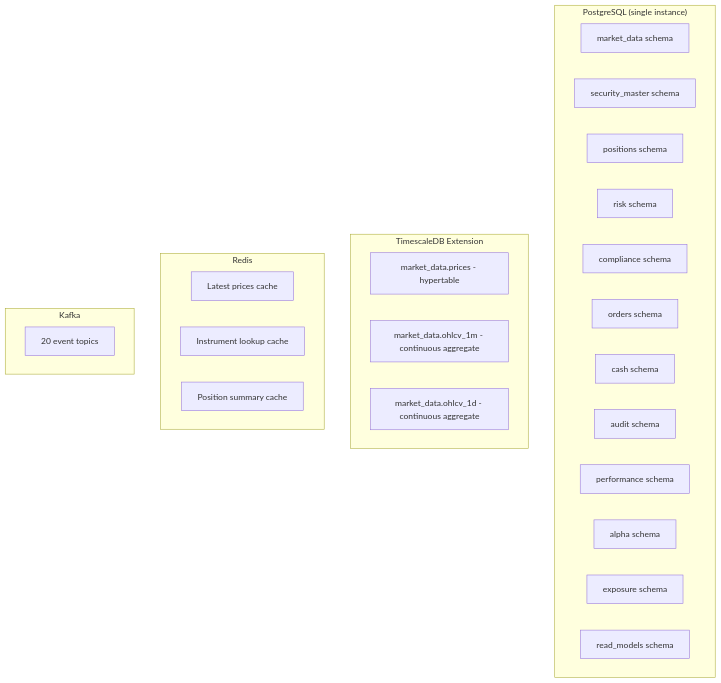
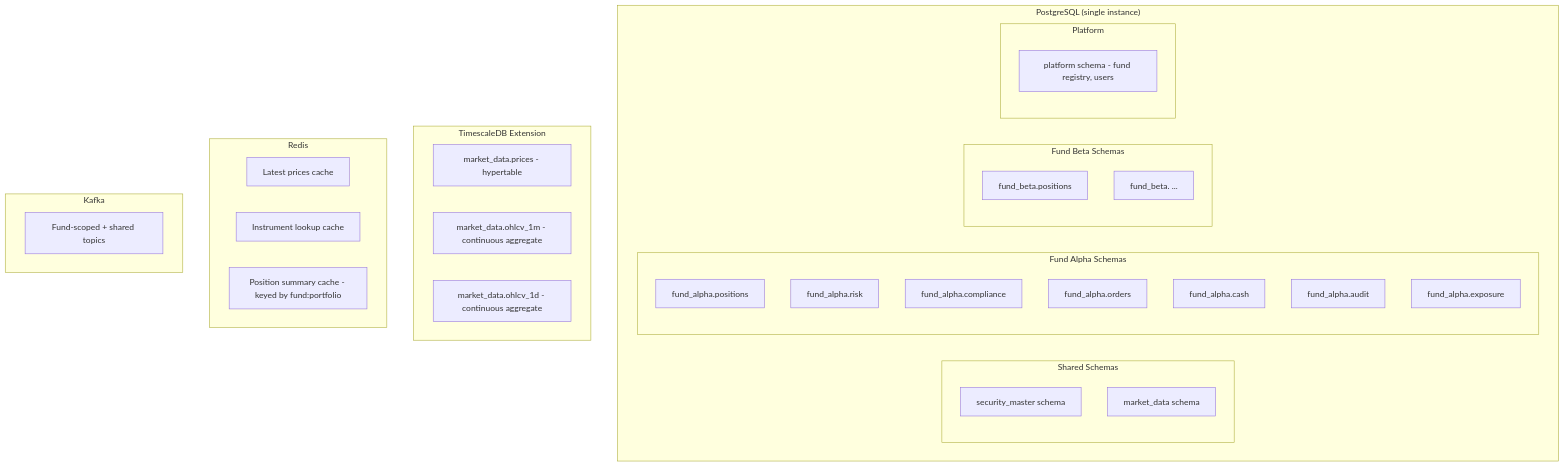
The sixth of 7 diagrams in systems/hedge-fund-desk/overview.md (brunoprela/design), drawn with Mermaid before and after one commit. The commit also changed other lines of this file and 13 other files, not shown here.

````diff
--- a/systems/hedge-fund-desk/overview.md
+++ b/systems/hedge-fund-desk/overview.md
@@ -348,33 +508,44 @@
 ```mermaid
 graph TD
     subgraph "PostgreSQL (single instance)"
-        S_MD[market_data schema]
-        S_SM[security_master schema]
-        S_POS[positions schema]
-        S_RISK[risk schema]
-        S_COMP[compliance schema]
-        S_OMS[orders schema]
-        S_CASH[cash schema]
-        S_AUDIT[audit schema]
-        S_PERF[performance schema]
-        S_ALPHA[alpha schema]
-        S_EXP[exposure schema]
-        S_READ[read_models schema]
+        subgraph "Shared Schemas"
+            S_SM[security_master schema]
+            S_MD[market_data schema]
+        end
+
+        subgraph "Fund Alpha Schemas"
+            FA_POS[fund_alpha.positions]
+            FA_RISK[fund_alpha.risk]
+            FA_COMP[fund_alpha.compliance]
+            FA_OMS[fund_alpha.orders]
+            FA_CASH[fund_alpha.cash]
+            FA_AUDIT[fund_alpha.audit]
+            FA_EXP[fund_alpha.exposure]
+        end
+
+        subgraph "Fund Beta Schemas"
+            FB_POS[fund_beta.positions]
+            FB_ETC[fund_beta. ...]
+        end
+
+        subgraph "Platform"
+            S_PLAT[platform schema - fund registry, users]
+        end
     end
 
     subgraph "TimescaleDB Extension"
         HT_PRICES[market_data.prices - hypertable]
         HT_OHLCV_1M[market_data.ohlcv_1m - continuous aggregate]
         HT_OHLCV_1D[market_data.ohlcv_1d - continuous aggregate]
     end
 
     subgraph "Redis"
         CACHE_PRICES[Latest prices cache]
         CACHE_INST[Instrument lookup cache]
-        CACHE_POS[Position summary cache]
+        CACHE_POS[Position summary cache - keyed by fund:portfolio]
     end
 
     subgraph "Kafka"
-        TOPICS[20 event topics]
+        TOPICS[Fund-scoped + shared topics]
     end
 ```
````
